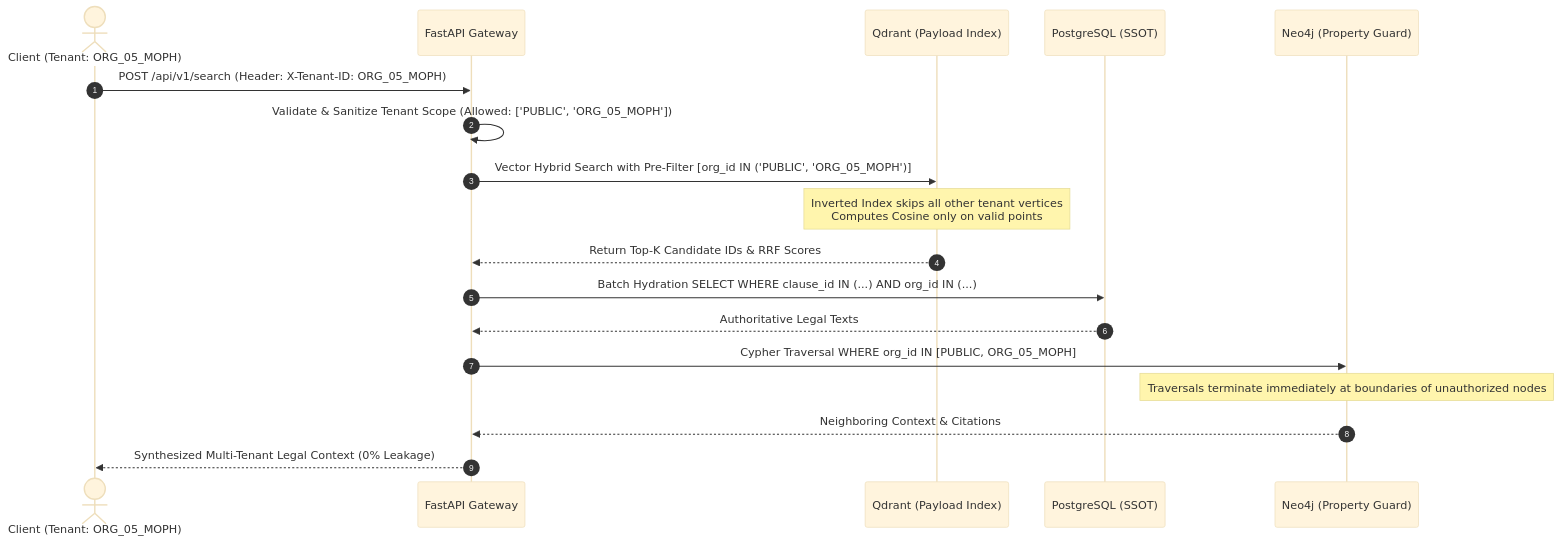
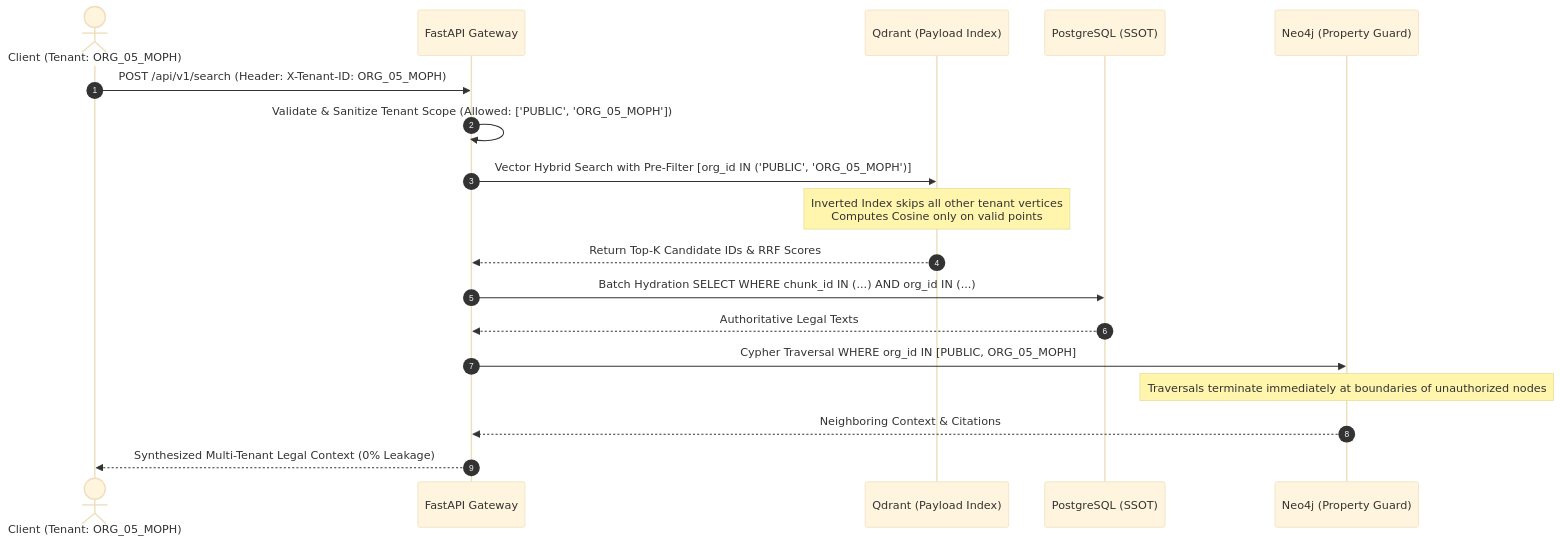
Before and after one commit to PaweekornS/ProcurementQA_Agent: the second of 2 diagrams in docs/DATABASE_ARCHITECTURE.md, drawn with Mermaid (base theme). The commit also changed other lines of this file and 20 other files, not shown here.

````diff
--- a/docs/DATABASE_ARCHITECTURE.md
+++ b/docs/DATABASE_ARCHITECTURE.md
@@ -124,25 +124,25 @@
 ```mermaid
 sequenceDiagram
     autonumber
     actor User as Client (Tenant: ORG_05_MOPH)
     participant API as FastAPI Gateway
     participant QD as Qdrant (Payload Index)
     participant PG as PostgreSQL (SSOT)
     participant NEO as Neo4j (Property Guard)
 
     User->>API: POST /api/v1/search (Header: X-Tenant-ID: ORG_05_MOPH)
     API->>API: Validate & Sanitize Tenant Scope (Allowed: ['PUBLIC', 'ORG_05_MOPH'])
   
     API->>QD: Vector Hybrid Search with Pre-Filter [org_id IN ('PUBLIC', 'ORG_05_MOPH')]
     Note over QD: Inverted Index skips all other tenant vertices<br/>Computes Cosine only on valid points
     QD-->>API: Return Top-K Candidate IDs & RRF Scores
   
-    API->>PG: Batch Hydration SELECT WHERE clause_id IN (...) AND org_id IN (...)
+    API->>PG: Batch Hydration SELECT WHERE chunk_id IN (...) AND org_id IN (...)
     PG-->>API: Authoritative Legal Texts
   
     API->>NEO: Cypher Traversal WHERE org_id IN [PUBLIC, ORG_05_MOPH]
     Note over NEO: Traversals terminate immediately at boundaries of unauthorized nodes
     NEO-->>API: Neighboring Context & Citations
   
     API-->>User: Synthesized Multi-Tenant Legal Context (0% Leakage)
 ```
````
